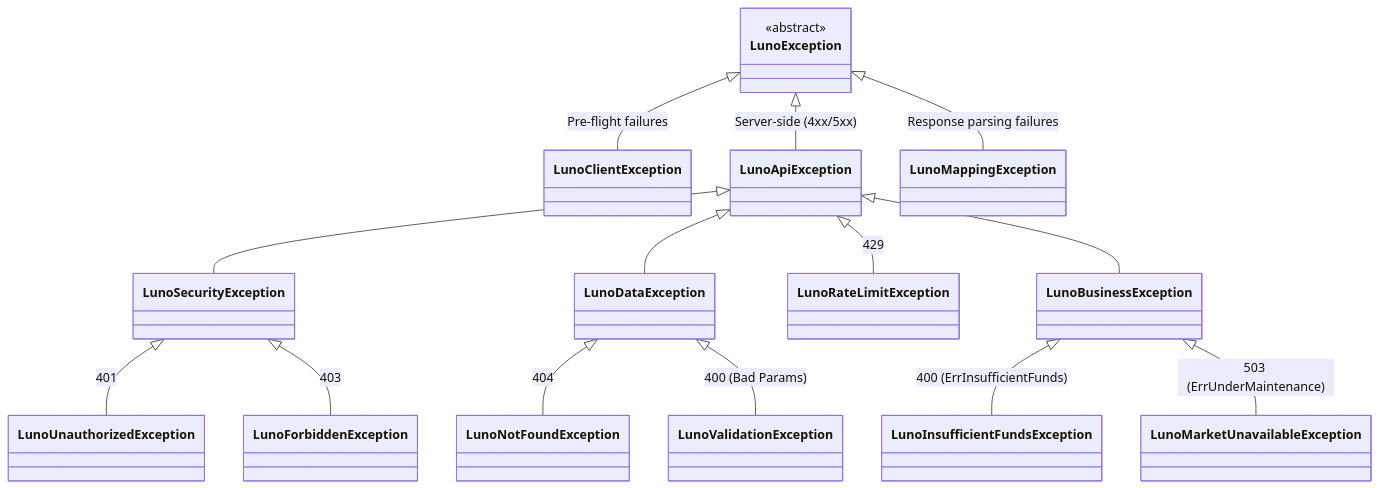
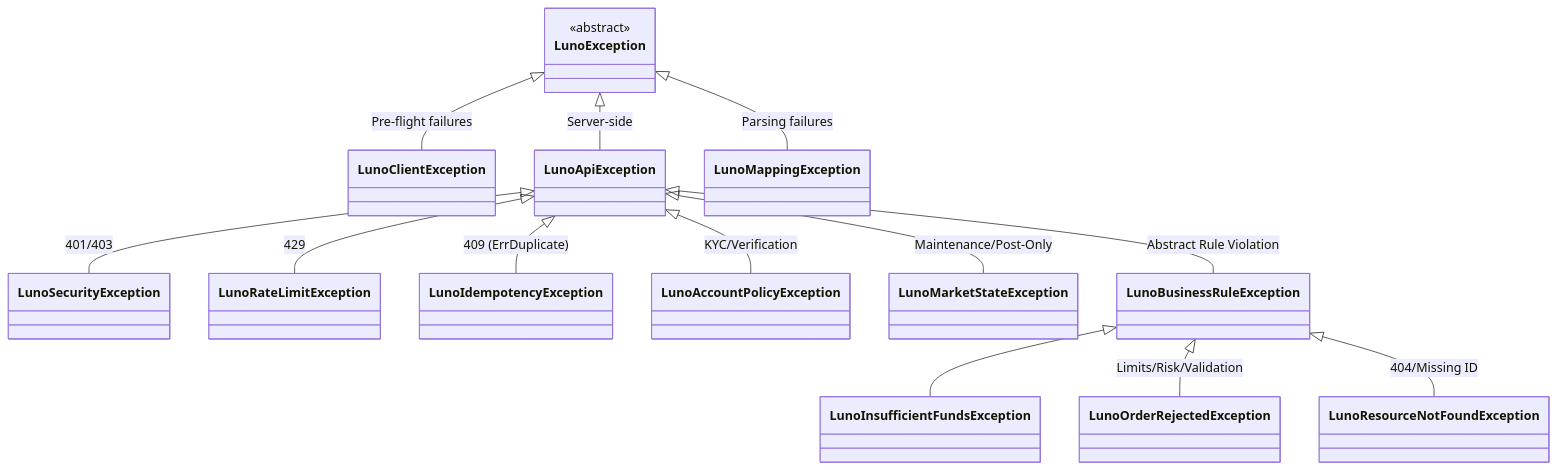
Before and after one commit to hsm207/Luno.SDK: the diagram in docs/rfcs/drafts/RFC004_UnifiedDomainExceptionHierarchy.md, drawn with Mermaid. The commit also changed other lines of this file, not shown here.

Commit message:
docs: finalize RFC 004 with exhaustive error code mapping matrix

````diff
--- a/docs/rfcs/drafts/RFC004_UnifiedDomainExceptionHierarchy.md
+++ b/docs/rfcs/drafts/RFC004_UnifiedDomainExceptionHierarchy.md
@@ -39,25 +39,24 @@
 ```mermaid
 classDiagram
     class LunoException { <<abstract>> }
     LunoException <|-- LunoClientException : Pre-flight failures
-    LunoException <|-- LunoApiException : Server-side (4xx/5xx)
-    LunoException <|-- LunoMappingException : Response parsing failures
+    LunoException <|-- LunoApiException : Server-side
+    LunoException <|-- LunoMappingException : Parsing failures
 
-    %% Security Family
-    LunoApiException <|-- LunoSecurityException
-    LunoSecurityException <|-- LunoUnauthorizedException : 401
-    LunoSecurityException <|-- LunoForbiddenException : 403
+    %% Infrastructure & Security
+    LunoApiException <|-- LunoSecurityException : 401/403
+    LunoApiException <|-- LunoRateLimitException : 429
+    LunoApiException <|-- LunoIdempotencyException : 409 (ErrDuplicate)
 
-    %% Data/Resource Family
-    LunoApiException <|-- LunoDataException
-    LunoDataException <|-- LunoNotFoundException : 404
-    LunoDataException <|-- LunoValidationException : 400 (Bad Params)
+    %% Policy & Identity
+    LunoApiException <|-- LunoAccountPolicyException : KYC/Verification
 
-    %% Operational/Actionable Family
-    LunoApiException <|-- LunoRateLimitException : 429
+    %% Market & Business State
+    LunoApiException <|-- LunoMarketStateException : Maintenance/Post-Only
+    LunoApiException <|-- LunoBusinessRuleException : Abstract Rule Violation
 
-    %% Business/State Family
-    LunoApiException <|-- LunoBusinessException
-    LunoBusinessException <|-- LunoInsufficientFundsException : 400 (ErrInsufficientFunds)
-    LunoBusinessException <|-- LunoMarketUnavailableException : 503 (ErrUnderMaintenance)
+    %% Business Rules (Actionable)
+    LunoBusinessRuleException <|-- LunoInsufficientFundsException
+    LunoBusinessRuleException <|-- LunoOrderRejectedException : Limits/Risk/Validation
+    LunoBusinessRuleException <|-- LunoResourceNotFoundException : 404/Missing ID
 ```
````
